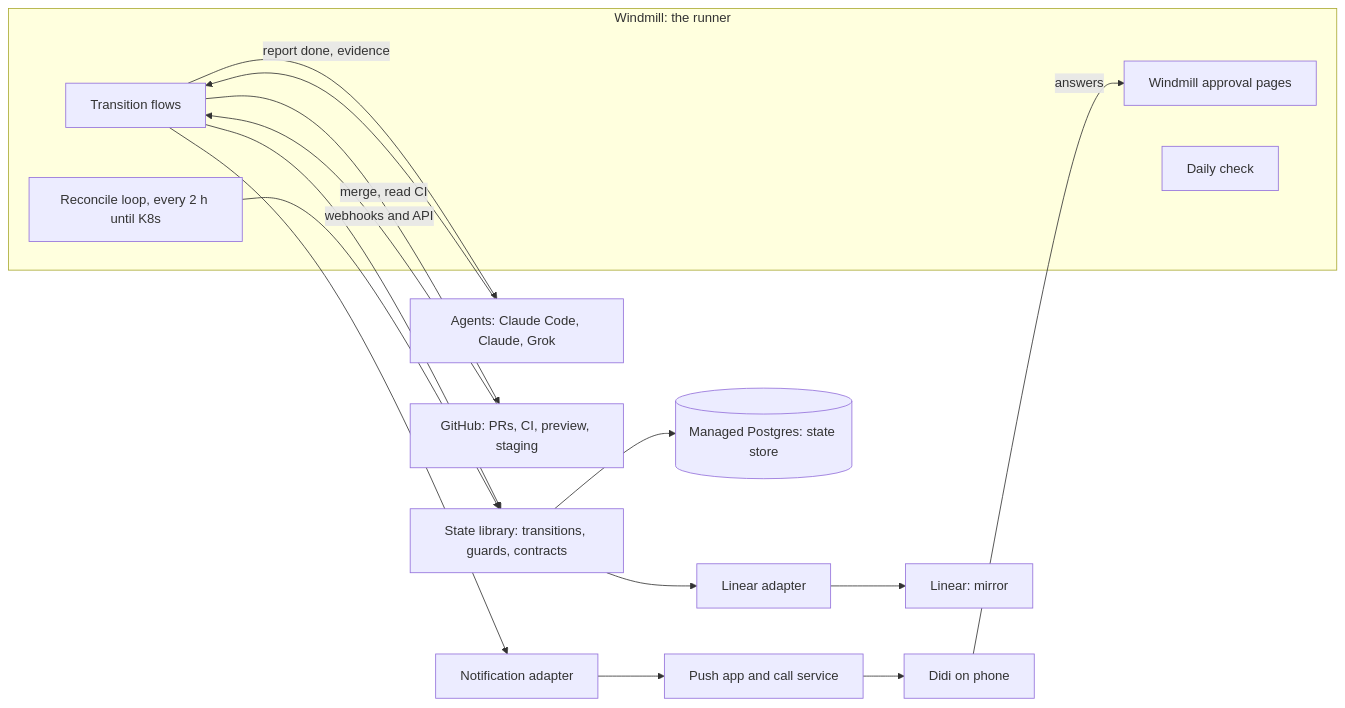
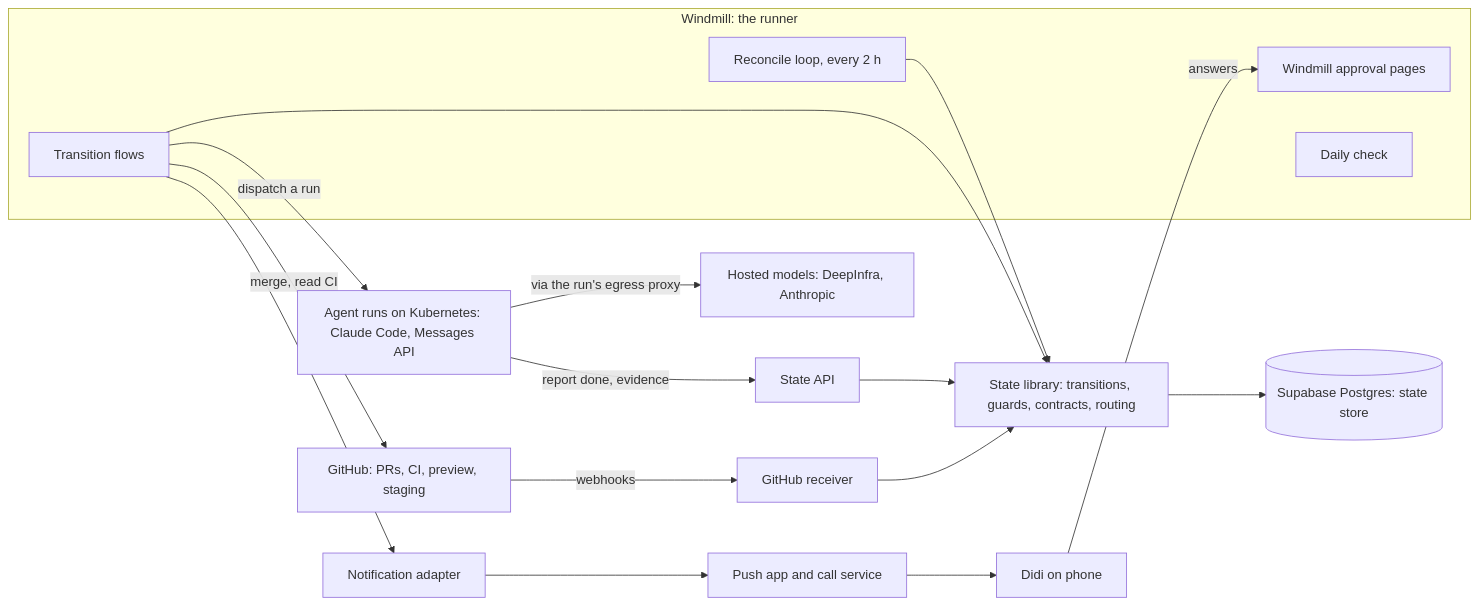
The diagram in docs/architecture/technical-architecture.md (didi-build/foreman), drawn with Mermaid before and after one commit. The commit also changed other lines of this file and 6 other files, not shown here.

First line of the commit message:
docs: ADR 0114 accepted, cost sheet, decision models, diagrams; D-203 to D-218 (#40)

````diff
--- a/docs/architecture/technical-architecture.md
+++ b/docs/architecture/technical-architecture.md
@@ -14,22 +14,23 @@
 ```mermaid
 flowchart LR
   Didi[Didi on phone] -->|answers| Approval[Windmill approval pages]
   Push[Push app and call service] --> Didi
   subgraph Runner[Windmill: the runner]
-    Reconcile[Reconcile loop, every 2 h until K8s]
+    Reconcile[Reconcile loop, every 2 h]
     Flows[Transition flows]
     Approval
     Daily[Daily check]
   end
-  Flows --> Lib[State library: transitions, guards, contracts]
+  Flows --> Lib[State library: transitions, guards, contracts, routing]
   Reconcile --> Lib
-  Lib --> Store[(Managed Postgres: state store)]
-  Flows --> Agents[Agents: Claude Code, Claude, Grok]
-  Agents -->|report done, evidence| Flows
-  GitHub[GitHub: PRs, CI, preview, staging] -->|webhooks and API| Flows
+  Lib --> Store[(Supabase Postgres: state store)]
+  Flows -->|dispatch a run| Agents[Agent runs on Kubernetes: Claude Code, Messages API]
+  Agents -->|via the run's egress proxy| Models[Hosted models: DeepInfra, Anthropic]
+  Agents -->|report done, evidence| API[State API]
+  API --> Lib
+  GitHub[GitHub: PRs, CI, preview, staging] -->|webhooks| Receiver[GitHub receiver]
+  Receiver --> Lib
   Flows -->|merge, read CI| GitHub
-  Lib --> LinearAdapter[Linear adapter]
-  LinearAdapter --> Linear[Linear: mirror]
   Flows --> Notify[Notification adapter]
   Notify --> Push
 ```
````
